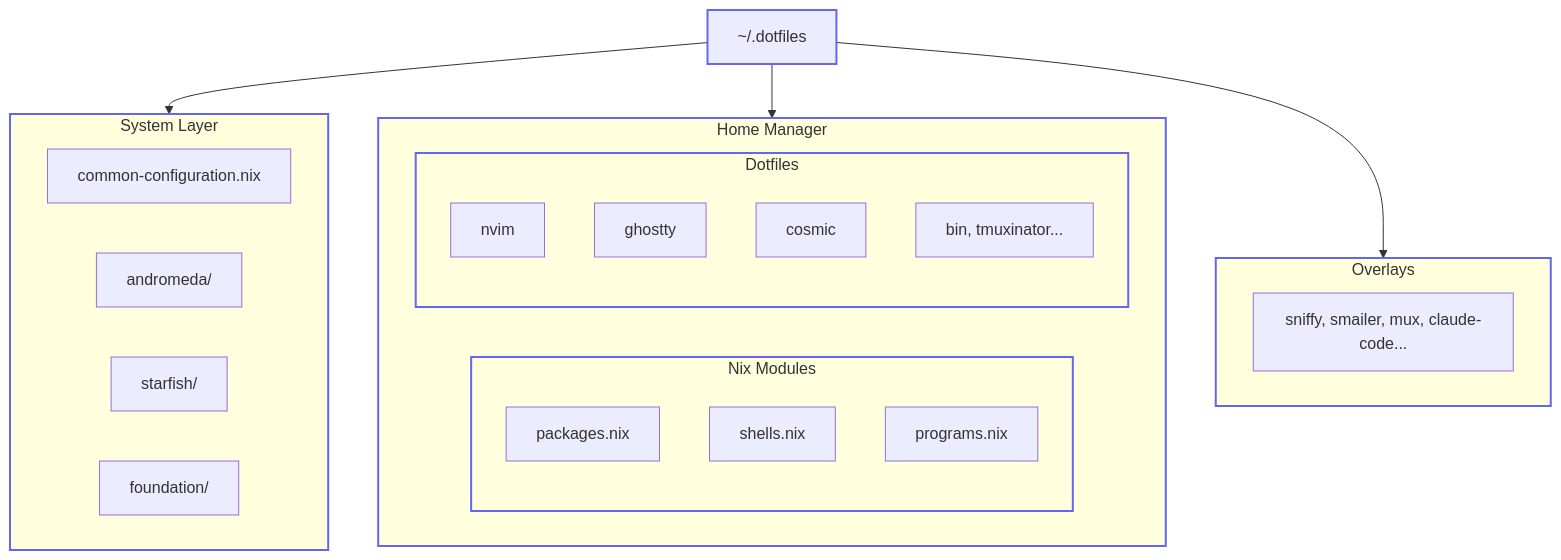
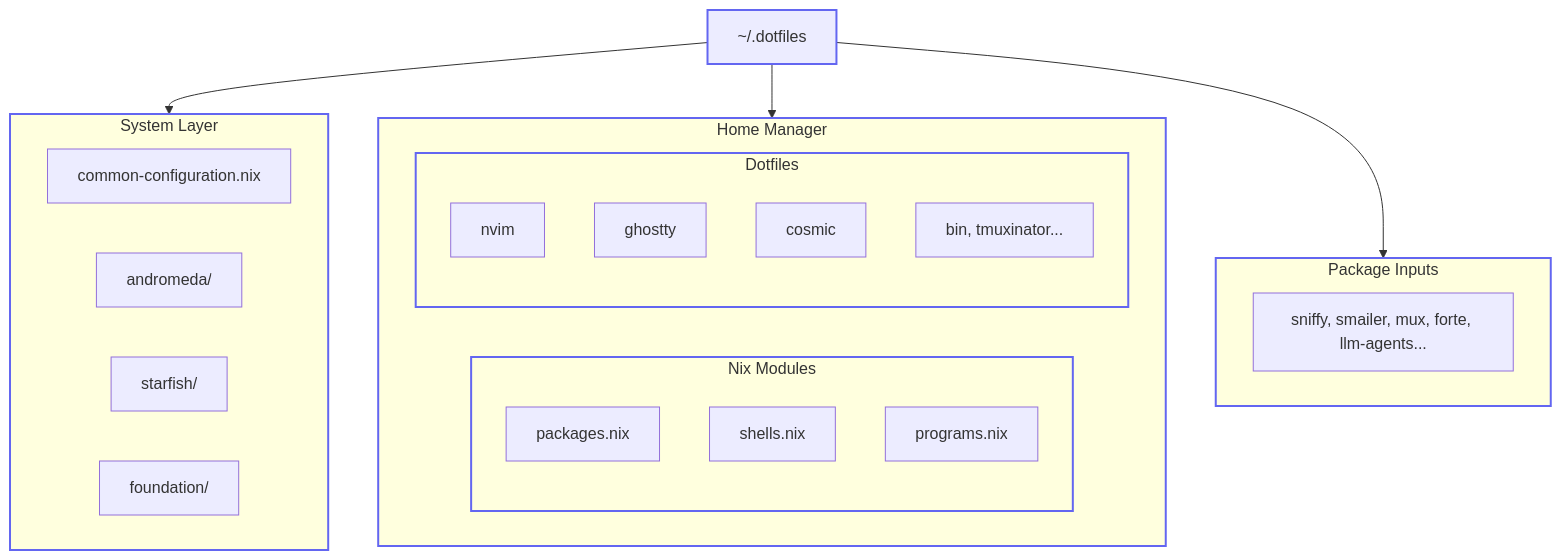
Before and after one commit to willfish/nix: the second of 2 diagrams in README.md, drawn with Mermaid. The commit also changed other lines of this file and 27 other files, not shown here.

````diff
--- a/README.md
+++ b/README.md
@@ -49,34 +51,34 @@
 ```mermaid
 flowchart TD
     ROOT["~/.dotfiles"]
 
     subgraph SYSTEM [System Layer]
         COMMON[common-configuration.nix]
         ANDROMEDA[andromeda/]
         STARFISH[starfish/]
         FOUNDATION[foundation/]
     end
 
     subgraph HOME [Home Manager]
         subgraph MODULES [Nix Modules]
             PKGS[packages.nix]
             SHELLS[shells.nix]
             PROGRAMS[programs.nix]
         end
         subgraph CONFIGS [Dotfiles]
             NVIM[nvim]
             GHOSTTY[ghostty]
             COSMIC[cosmic]
             OTHER[bin, tmuxinator...]
         end
     end
 
-    subgraph OVERLAYS [Overlays]
-        TOOLS[sniffy, smailer, mux, claude-code...]
+    subgraph INPUTS [Package Inputs]
+        TOOLS[sniffy, smailer, mux, forte, llm-agents...]
     end
 
-    ROOT --> SYSTEM & HOME & OVERLAYS
+    ROOT --> SYSTEM & HOME & INPUTS
 
     classDef box stroke:#6366f1,stroke-width:2px
-    class ROOT,SYSTEM,HOME,OVERLAYS,MODULES,CONFIGS box
+    class ROOT,SYSTEM,HOME,INPUTS,MODULES,CONFIGS box
 ```
````
